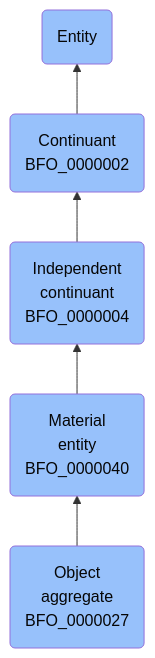
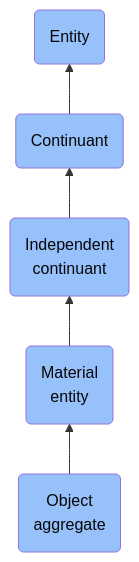
One commit to jupyter-naas/abi changed the diagram in docs/ontology/reference/model/Entity/Continuant/Independent continuant/Material entity/Object aggregate/Object aggregate.md. Above: the diagram before and after it, drawn with Mermaid. The commit also changed other lines of this file and 1430 other files, not shown here.

````diff
--- a/docs/ontology/reference/model/Entity/Continuant/Independent continuant/Material entity/Object aggregate/Object aggregate.md
+++ b/docs/ontology/reference/model/Entity/Continuant/Independent continuant/Material entity/Object aggregate/Object aggregate.md
@@ -24,12 +24,12 @@
 ```mermaid
 graph BT
-    BFO_0000027(Object<br>aggregate<br>BFO_0000027):::BFO-->BFO_0000040
-    BFO_0000040(Material<br>entity<br>BFO_0000040):::BFO-->BFO_0000004
-    BFO_0000004(Independent<br>continuant<br>BFO_0000004):::BFO-->BFO_0000002
-    BFO_0000002(Continuant<br>BFO_0000002):::BFO-->BFO_0000001
+    BFO_0000027(Object<br>aggregate):::BFO-->BFO_0000040
+    BFO_0000040(Material<br>entity):::BFO-->BFO_0000004
+    BFO_0000004(Independent<br>continuant):::BFO-->BFO_0000002
+    BFO_0000002(Continuant):::BFO-->BFO_0000001
     BFO_0000001(Entity):::BFO
     
     classDef BFO fill:#97c1fb,color:#060606
     classDef CCO fill:#e4c51e,color:#060606
     classDef ABI fill:#48DD82,color:#060606
 ```
````
